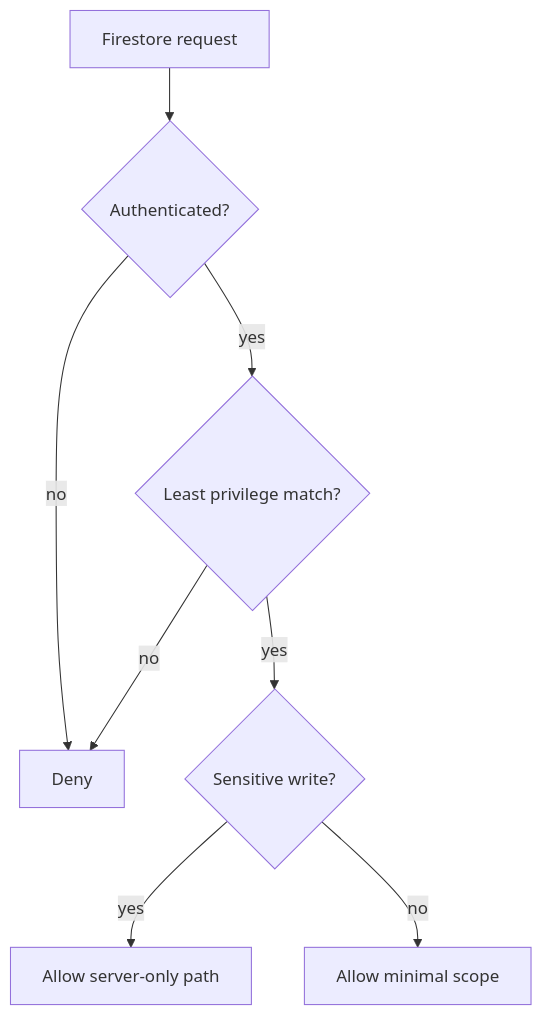
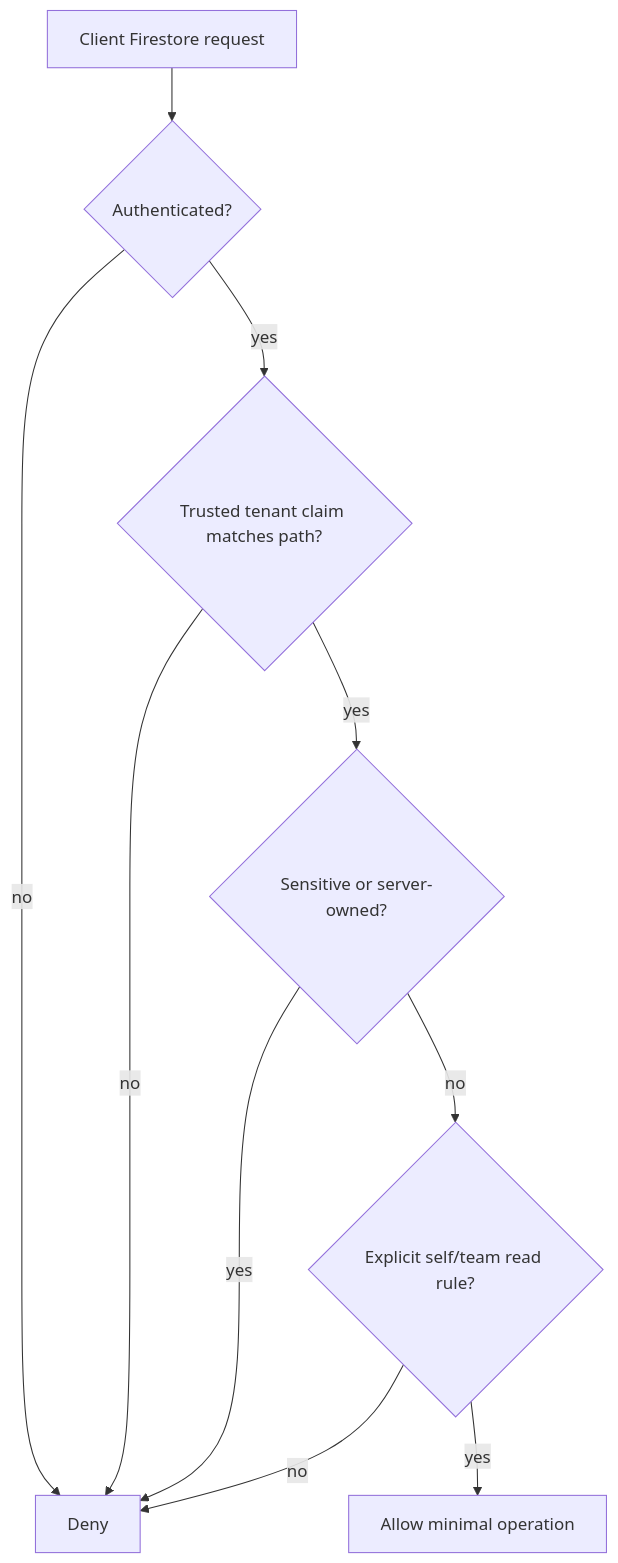
One commit to 369sup/worksync-hr changed the diagram in docs/04-infrastructure/firestore-rules.md. Above: the diagram before and after it, drawn with Mermaid. The commit also changed other lines of this file and 40 other files, not shown here.

Commit message:
Refactor leave workflow architecture and UI

````diff
--- a/docs/04-infrastructure/firestore-rules.md
+++ b/docs/04-infrastructure/firestore-rules.md
@@ -7,10 +4,12 @@
 ```mermaid
 flowchart TD
-  REQ[Firestore request] --> AUTH{Authenticated?}
-  AUTH -- no --> DENY[Deny]
-  AUTH -- yes --> CAP{Least privilege match?}
-  CAP -- no --> DENY
-  CAP -- yes --> SENSITIVE{Sensitive write?}
-  SENSITIVE -- yes --> SERVER[Allow server-only path]
-  SENSITIVE -- no --> ALLOW[Allow minimal scope]
+  REQ["Client Firestore request"] --> AUTH{"Authenticated?"}
+  AUTH -->|"no"| DENY["Deny"]
+  AUTH -->|"yes"| TENANT{"Trusted tenant claim matches path?"}
+  TENANT -->|"no"| DENY
+  TENANT -->|"yes"| CLASS{"Sensitive or server-owned?"}
+  CLASS -->|"yes"| DENY
+  CLASS -->|"no"| SCOPE{"Explicit self/team read rule?"}
+  SCOPE -->|"yes"| ALLOW["Allow minimal operation"]
+  SCOPE -->|"no"| DENY
 ```
````
